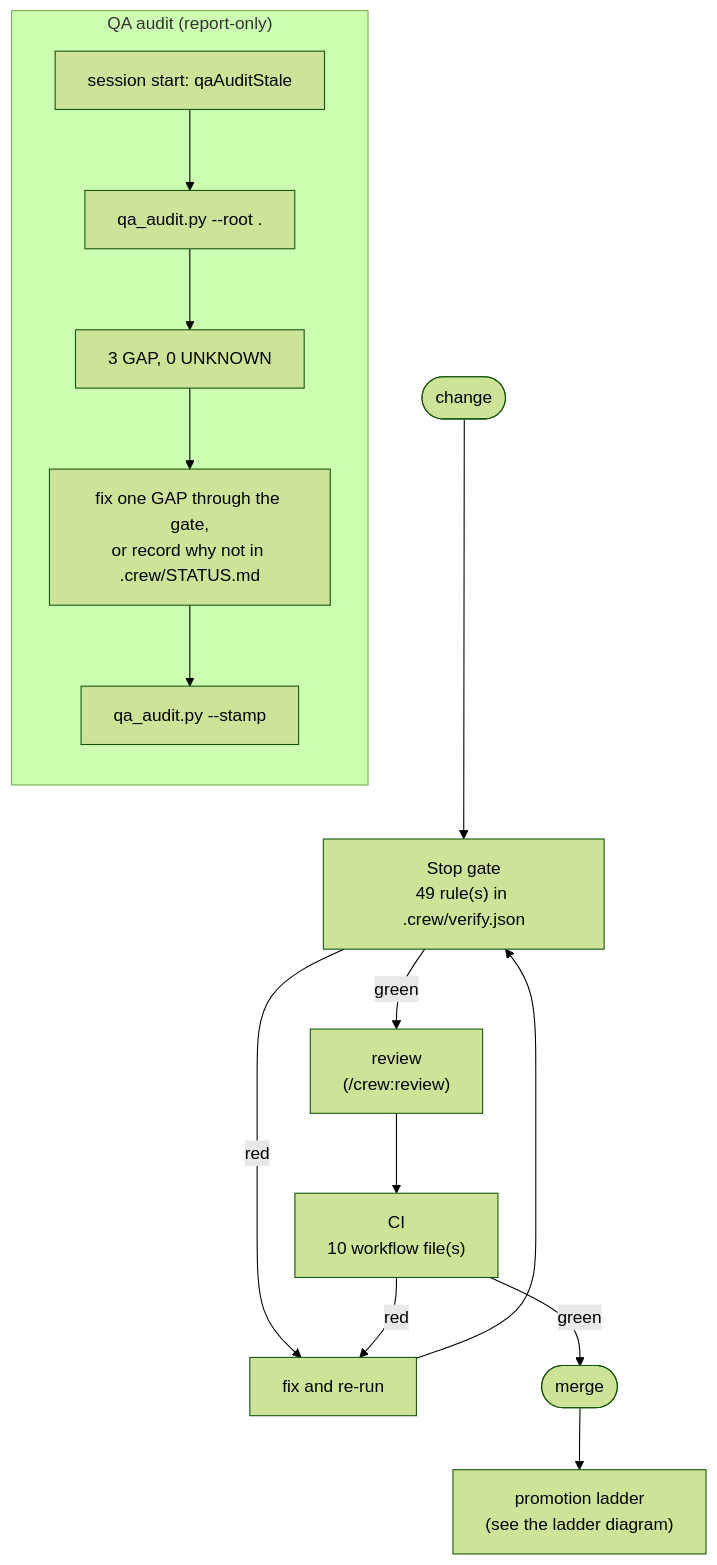
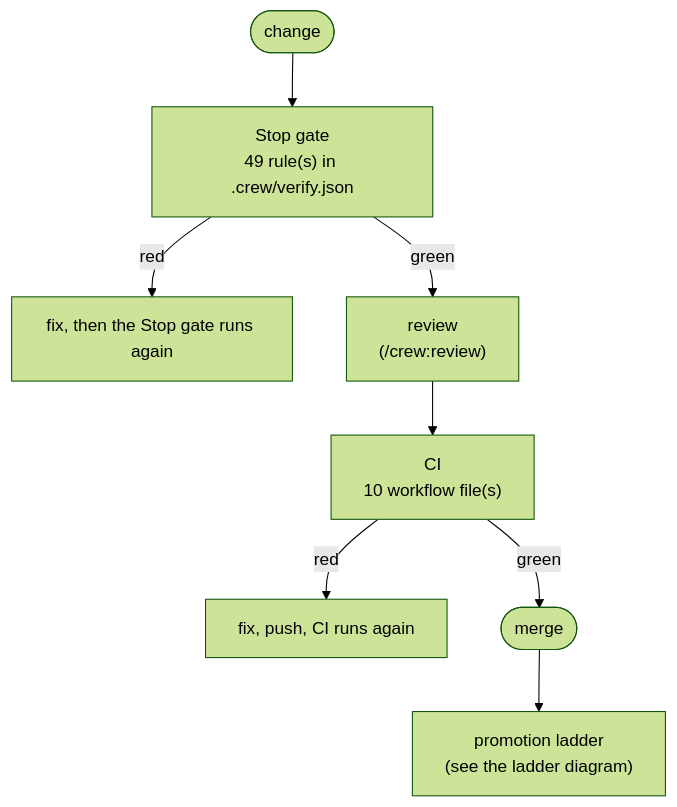
One commit to mbadali25/useful-claude-add-ons changed the first of 3 diagrams in docs/qa/README.md. Above: the diagram before and after it, drawn with Mermaid (forest theme). The commit also changed other lines of this file and 12 other files, not shown here.

First line of the commit message:
L-0618: QA diagrams draw without crossing lines (crew 1.0.157)

````diff
--- a/docs/qa/README.md
+++ b/docs/qa/README.md
@@ -19,18 +19,11 @@
 ```mermaid
 flowchart TD
   edit(["change"]) --> stop["Stop gate<br/>49 rule(s) in .crew/verify.json"]
-  stop -->|red| fix["fix and re-run"] --> stop
+  stop -->|red| fix1["fix, then the Stop gate runs again"]
   stop -->|green| review["review<br/>(/crew:review)"]
   review --> ci["CI<br/>10 workflow file(s)"]
-  ci -->|red| fix
+  ci -->|red| fix2["fix, push, CI runs again"]
   ci -->|green| merge(["merge"])
   merge --> ladder["promotion ladder<br/>(see the ladder diagram)"]
-  subgraph audit ["QA audit (report-only)"]
-    direction TB
-    trig["session start: qaAuditStale"] --> run["qa_audit.py --root ."]
-    run --> result["3 GAP, 0 UNKNOWN"]
-    result --> act["fix one GAP through the gate,<br/>or record why not in .crew/STATUS.md"]
-    act --> stamp["qa_audit.py --stamp"]
-  end
   classDef gap stroke:#c0392b,stroke-width:2px,stroke-dasharray:4 3
 ```
````
